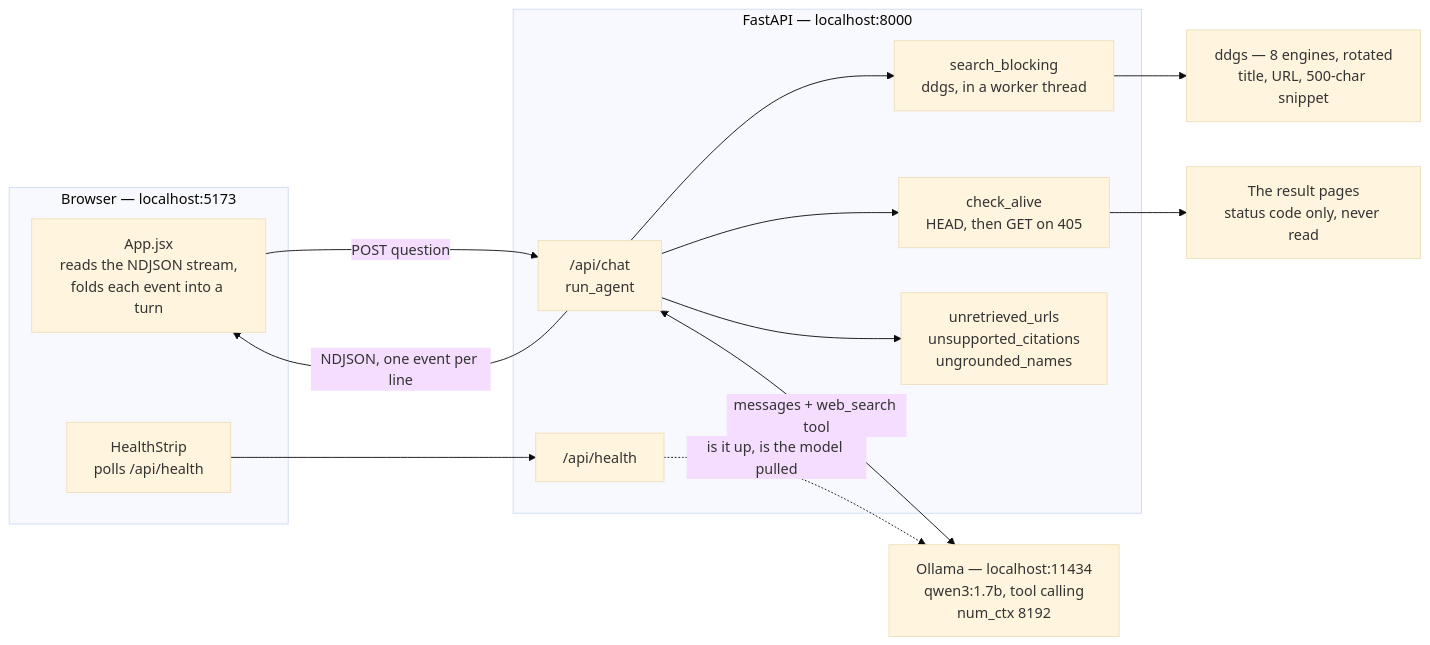
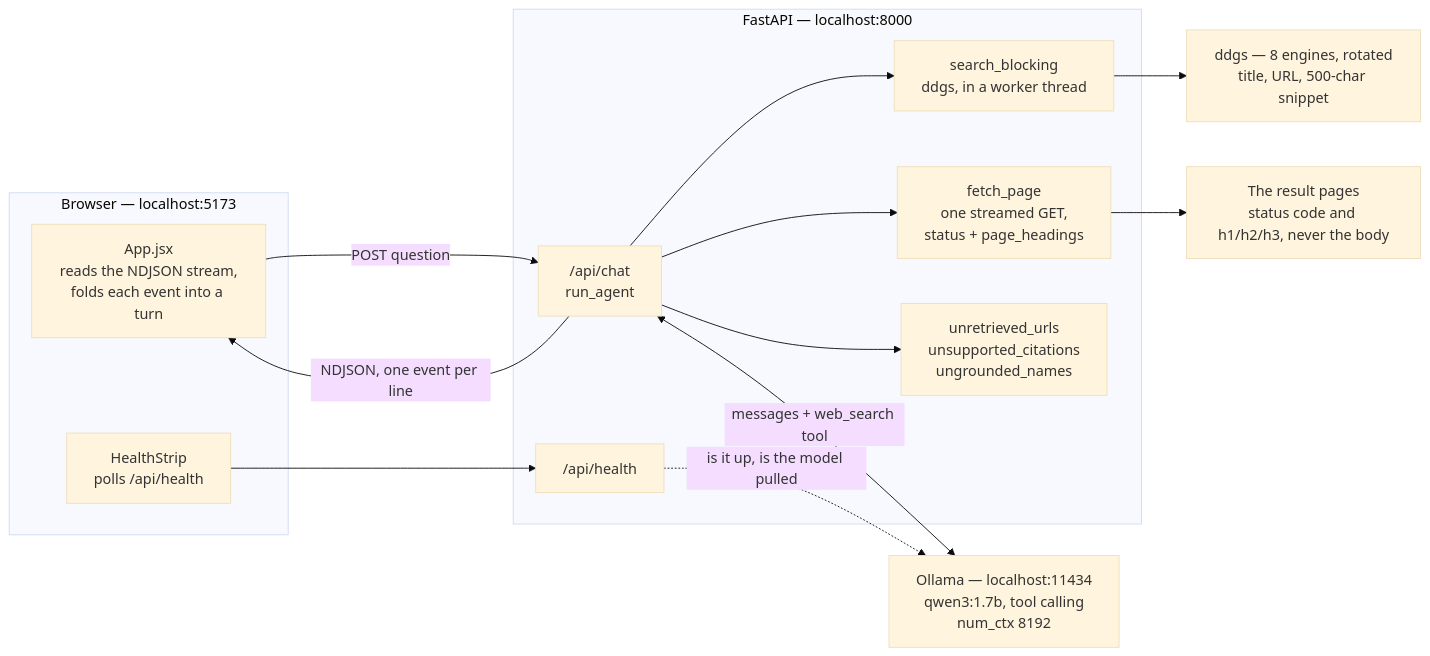
The first of 4 diagrams in ARCHITECTURE.md (leopaul29/local-ai-agent-search), drawn with Mermaid (base theme) before and after one commit. The commit also changed other lines of this file and 4 other files, not shown here.

````diff
--- a/ARCHITECTURE.md
+++ b/ARCHITECTURE.md
@@ -8,32 +8,32 @@
 ```mermaid
 flowchart LR
     subgraph browser["Browser — localhost:5173"]
         App["App.jsx<br/>reads the NDJSON stream,<br/>folds each event into a turn"]
         Strip["HealthStrip<br/>polls /api/health"]
     end
 
     subgraph backend["FastAPI — localhost:8000"]
         Chat["/api/chat<br/>run_agent"]
         Api["/api/health"]
         Search["search_blocking<br/>ddgs, in a worker thread"]
-        Check["check_alive<br/>HEAD, then GET on 405"]
+        Check["fetch_page<br/>one streamed GET,<br/>status + page_headings"]
         Verify["unretrieved_urls<br/>unsupported_citations<br/>ungrounded_names"]
     end
 
     Ollama["Ollama — localhost:11434<br/>qwen3:1.7b, tool calling<br/>num_ctx 8192"]
     DDG["ddgs — 8 engines, rotated<br/>title, URL, 500-char snippet"]
-    Pages["The result pages<br/>status code only, never read"]
+    Pages["The result pages<br/>status code and h1/h2/h3, never the body"]
 
     App -->|"POST question"| Chat
     Chat -->|"NDJSON, one event per line"| App
     Strip --> Api
 
     Chat <-->|"messages + web_search tool"| Ollama
     Chat --> Search
     Search --> DDG
     Chat --> Check
     Check --> Pages
     Chat --> Verify
 
     Api -.->|"is it up, is the model pulled"| Ollama
 ```
````
